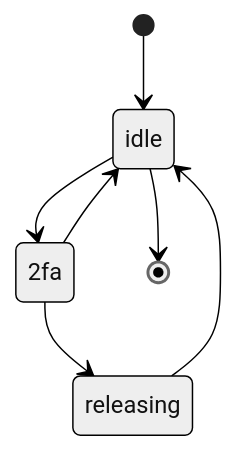
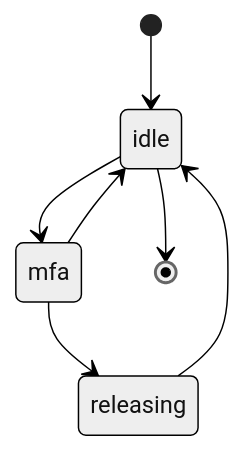
The eighth of 9 diagrams in v2/README.md (feira-de-jogos/feira-de-jogos), drawn with Mermaid (neutral theme) before and after one commit. The commit also changed other lines of this file and 3 other files, not shown here.

````diff
--- a/v2/README.md
+++ b/v2/README.md
@@ -216,9 +216,9 @@
 ```mermaid
 stateDiagram-v2
   [*] --> idle
-  idle --> 2fa
-  2fa --> idle
-  2fa --> releasing
+  idle --> mfa
+  mfa --> idle
+  mfa --> releasing
   releasing -->  idle
   idle --> [*]
 ```
````
